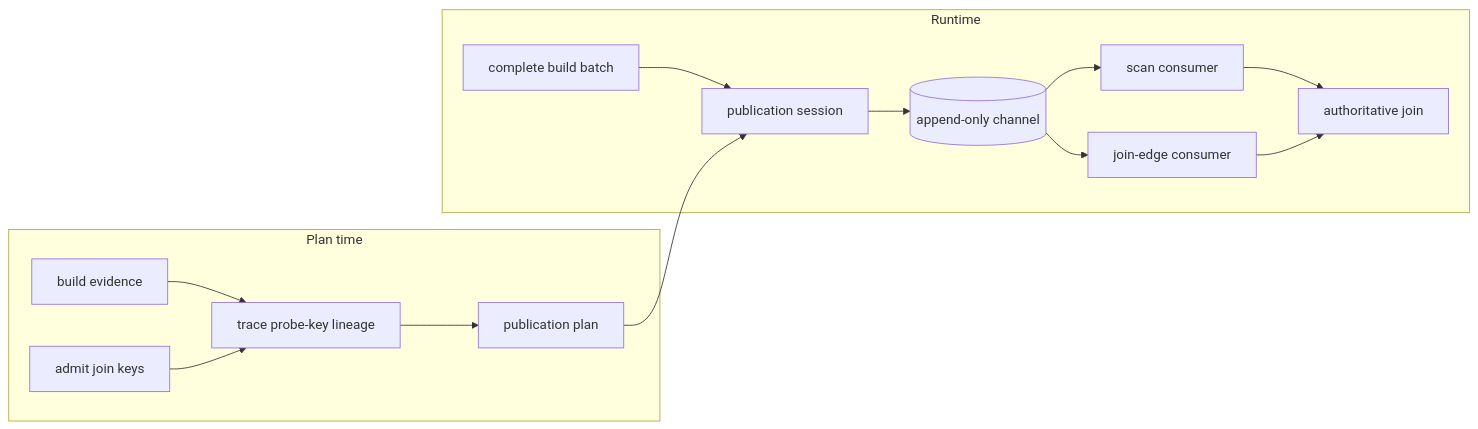
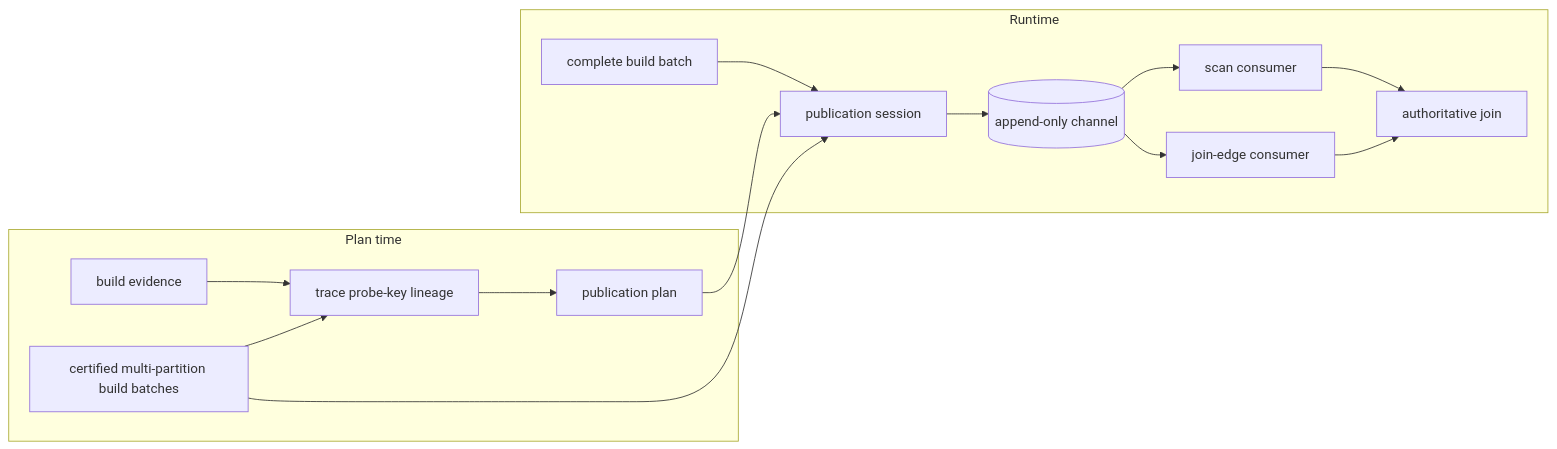
One commit to sirius-db/sirius changed the second of 2 diagrams in docs/super-sirius/dynamic-filters.md. Above: the diagram before and after it, drawn with Mermaid. The commit also changed other lines of this file and 42 other files, not shown here.

First line of the commit message:
feat(dynamic-filter): publish Bloom filters from multi-partition hash builds

````diff
--- a/docs/super-sirius/dynamic-filters.md
+++ b/docs/super-sirius/dynamic-filters.md
@@ -36,18 +36,19 @@
 ```mermaid
 flowchart LR
     subgraph PLAN["Plan time"]
         E["build evidence"] --> D["trace probe-key lineage"]
         A["admit join keys"] --> D
         D --> P["publication plan"]
     end
 
     subgraph RUN["Runtime"]
         B["complete build batch"] --> U["publication session"]
+        A["certified multi-partition build batches"] --> U
         P --> U
         U --> C[("append-only channel")]
         C --> S["scan consumer"]
         C --> X["join-edge consumer"]
         S --> J["authoritative join"]
         X --> J
     end
 ```
````
